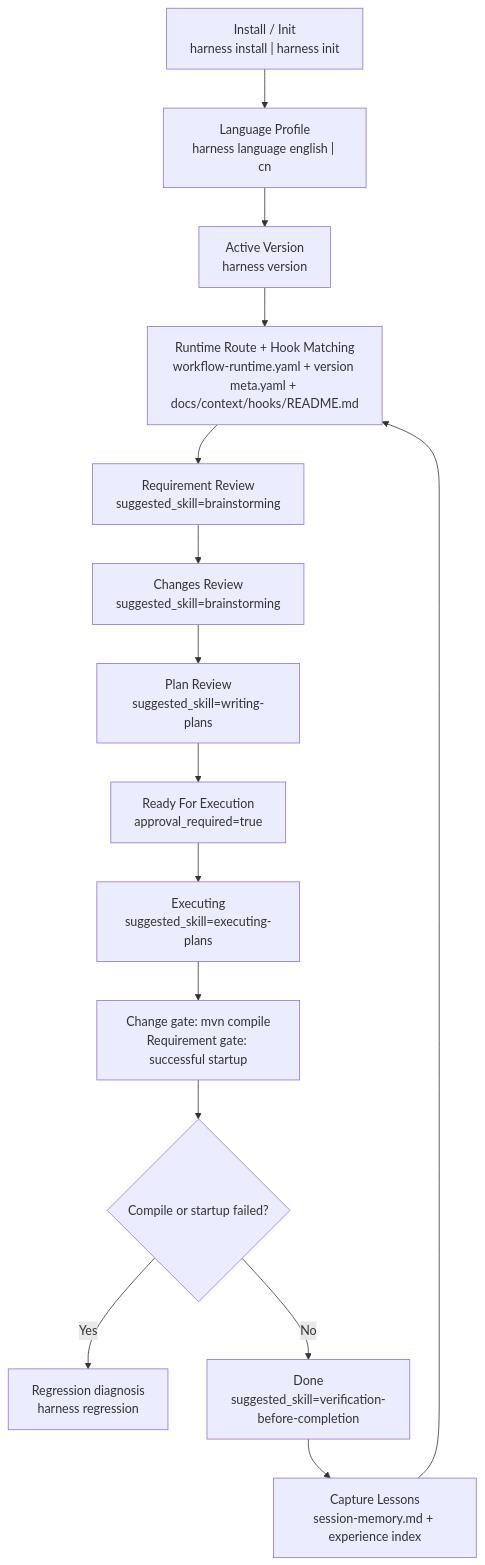
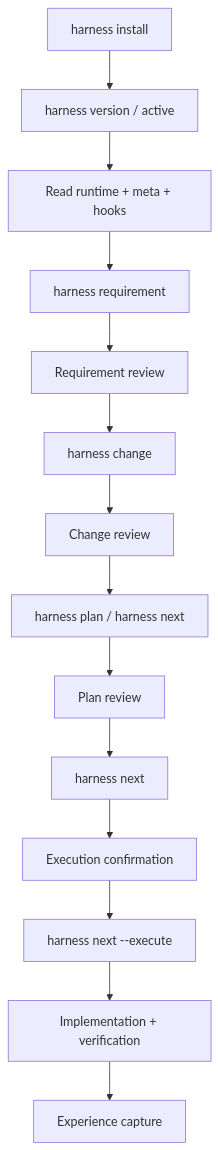
The third of 4 diagrams in README.md (togally/harness-workflow), drawn with Mermaid before and after one commit. The commit also changed other lines of this file and 4 other files, not shown here.

````diff
--- a/README.md
+++ b/README.md
@@ -647,17 +460,16 @@
 ```mermaid
 flowchart TD
-    A["Install / Init<br/>harness install | harness init"] --> B["Language Profile<br/>harness language english | cn"]
-    B --> C["Active Version<br/>harness version"]
-    C --> D["Runtime Route + Hook Matching<br/>workflow-runtime.yaml + version meta.yaml + docs/context/hooks/README.md"]
-    D --> E["Requirement Review<br/>suggested_skill=brainstorming"]
-    E --> F["Changes Review<br/>suggested_skill=brainstorming"]
-    F --> G["Plan Review<br/>suggested_skill=writing-plans"]
-    G --> H["Ready For Execution<br/>approval_required=true"]
-    H --> I["Executing<br/>suggested_skill=executing-plans"]
-    I --> J["Change gate: mvn compile<br/>Requirement gate: successful startup"]
-    J --> K{"Compile or startup failed?"}
-    K -->|Yes| L["Regression diagnosis<br/>harness regression <issue>"]
-    K -->|No| M["Done<br/>suggested_skill=verification-before-completion"]
-    M --> N["Capture Lessons<br/>session-memory.md + experience index"]
-    N --> D
+    A["harness install"] --> B["harness version / active"]
+    B --> C["Read runtime + meta + hooks"]
+    C --> D["harness requirement"]
+    D --> E["Requirement review"]
+    E --> F["harness change"]
+    F --> G["Change review"]
+    G --> H["harness plan / harness next"]
+    H --> I["Plan review"]
+    I --> J["harness next"]
+    J --> K["Execution confirmation"]
+    K --> L["harness next --execute"]
+    L --> M["Implementation + verification"]
+    M --> N["Experience capture"]
 ```
````
